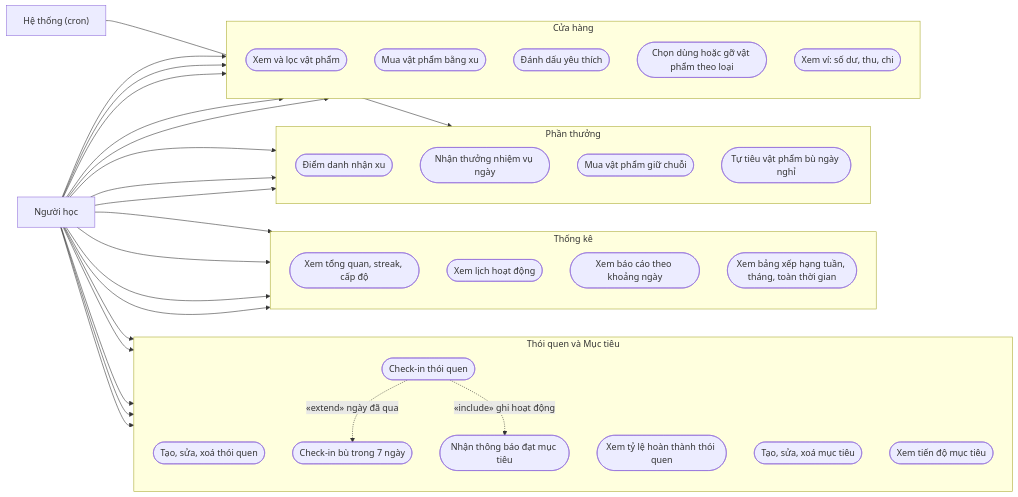
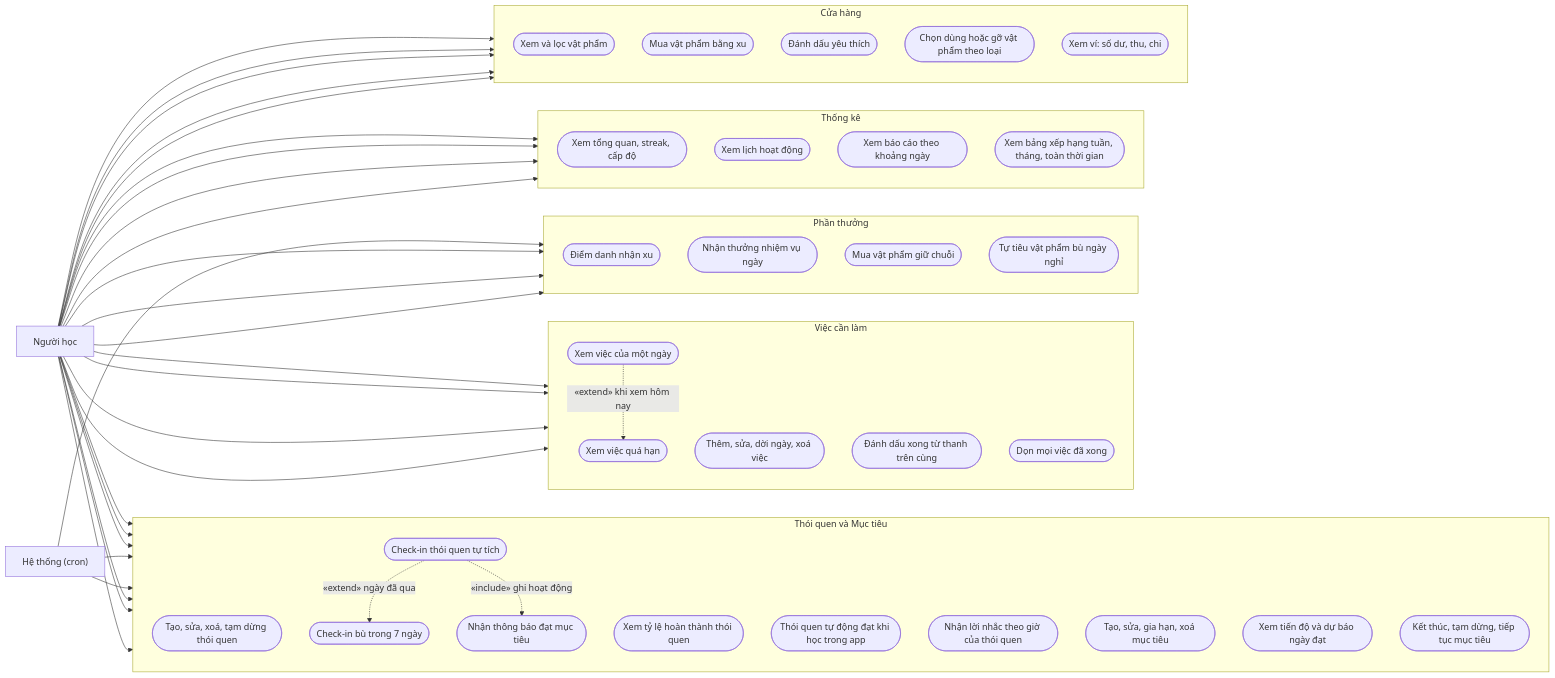
Before and after one commit to brannthichmeo-create/enghabit: the fourth of 22 diagrams in docs/chuc-nang-va-luong-nghiep-vu.md, drawn with Mermaid. The commit also changed other lines of this file and 19 other files, not shown here.

First line of the commit message:
Taillieu_Docs-LogicNghiepVu+Docs-PhanTich_CapNhatTheoCode_Thêm tài liệu logic nghiệp vụ từng module và cập nhật theo mục tiêu, thói quen, đăng nhập, nhật ký thao tác

````diff
--- a/docs/chuc-nang-va-luong-nghiep-vu.md
+++ b/docs/chuc-nang-va-luong-nghiep-vu.md
@@ -211,62 +214,82 @@
 ```mermaid
 flowchart LR
     Learner["Người học"]
     Cron["Hệ thống (cron)"]
 
     subgraph HAB["Thói quen và Mục tiêu"]
         direction TB
-        H1(["Tạo, sửa, xoá thói quen"])
-        H2(["Check-in thói quen"])
+        H1(["Tạo, sửa, xoá, tạm dừng thói quen"])
+        H2(["Check-in thói quen tự tích"])
         H3(["Check-in bù trong 7 ngày"])
         H4(["Xem tỷ lệ hoàn thành thói quen"])
-        G1(["Tạo, sửa, xoá mục tiêu"])
-        G2(["Xem tiến độ mục tiêu"])
+        H5(["Thói quen tự động đạt khi học trong app"])
+        H6(["Nhận lời nhắc theo giờ của thói quen"])
+        G1(["Tạo, sửa, gia hạn, xoá mục tiêu"])
+        G2(["Xem tiến độ và dự báo ngày đạt"])
         G3(["Nhận thông báo đạt mục tiêu"])
+        G4(["Kết thúc, tạm dừng, tiếp tục mục tiêu"])
+    end
+
+    subgraph TODOS["Việc cần làm"]
+        direction TB
+        D1(["Xem việc của một ngày"])
+        D2(["Xem việc quá hạn"])
+        D3(["Thêm, sửa, dời ngày, xoá việc"])
+        D4(["Đánh dấu xong từ thanh trên cùng"])
+        D5(["Dọn mọi việc đã xong"])
     end
 
     subgraph STAT["Thống kê"]
         direction TB
         T1(["Xem tổng quan, streak, cấp độ"])
         T2(["Xem lịch hoạt động"])
         T3(["Xem báo cáo theo khoảng ngày"])
         T4(["Xem bảng xếp hạng tuần, tháng, toàn thời gian"])
     end
 
     subgraph REW["Phần thưởng"]
         direction TB
         R1(["Điểm danh nhận xu"])
         R2(["Nhận thưởng nhiệm vụ ngày"])
         R3(["Mua vật phẩm giữ chuỗi"])
         R4(["Tự tiêu vật phẩm bù ngày nghỉ"])
     end
 
     subgraph SHOP["Cửa hàng"]
         direction TB
         C1(["Xem và lọc vật phẩm"])
         C2(["Mua vật phẩm bằng xu"])
         C3(["Đánh dấu yêu thích"])
         C4(["Chọn dùng hoặc gỡ vật phẩm theo loại"])
         C5(["Xem ví: số dư, thu, chi"])
     end
 
     Learner --> H1
     Learner --> H2
     H2 -.->|"«extend» ngày đã qua"| H3
     Learner --> H4
+    Cron --> H5
+    Cron --> H6
     Learner --> G1
     Learner --> G2
+    Learner --> G4
     H2 -.->|"«include» ghi hoạt động"| G3
+    Learner --> D1
+    Learner --> D3
+    Learner --> D4
+    Learner --> D5
+    D1 -.->|"«extend» khi xem hôm nay"| D2
     Learner --> T1
     Learner --> T2
     Learner --> T3
     Learner --> T4
     Learner --> R1
     Learner --> R2
     Learner --> R3
     Cron --> R4
     Learner --> C1
     Learner --> C2
     Learner --> C3
     Learner --> C4
     Learner --> C5
 ```
````
